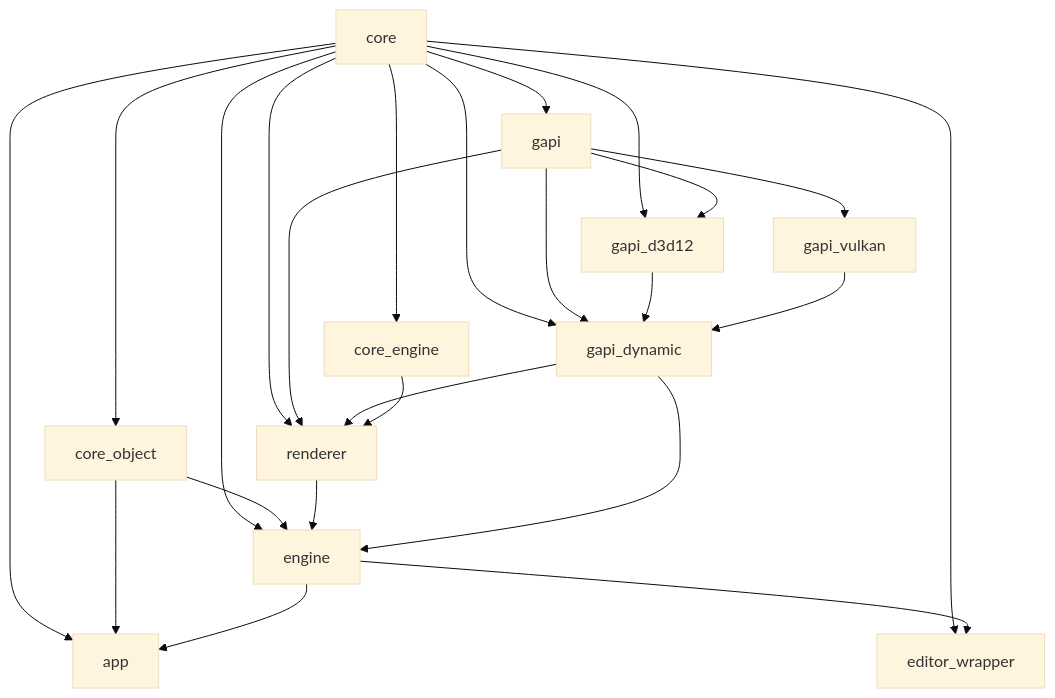
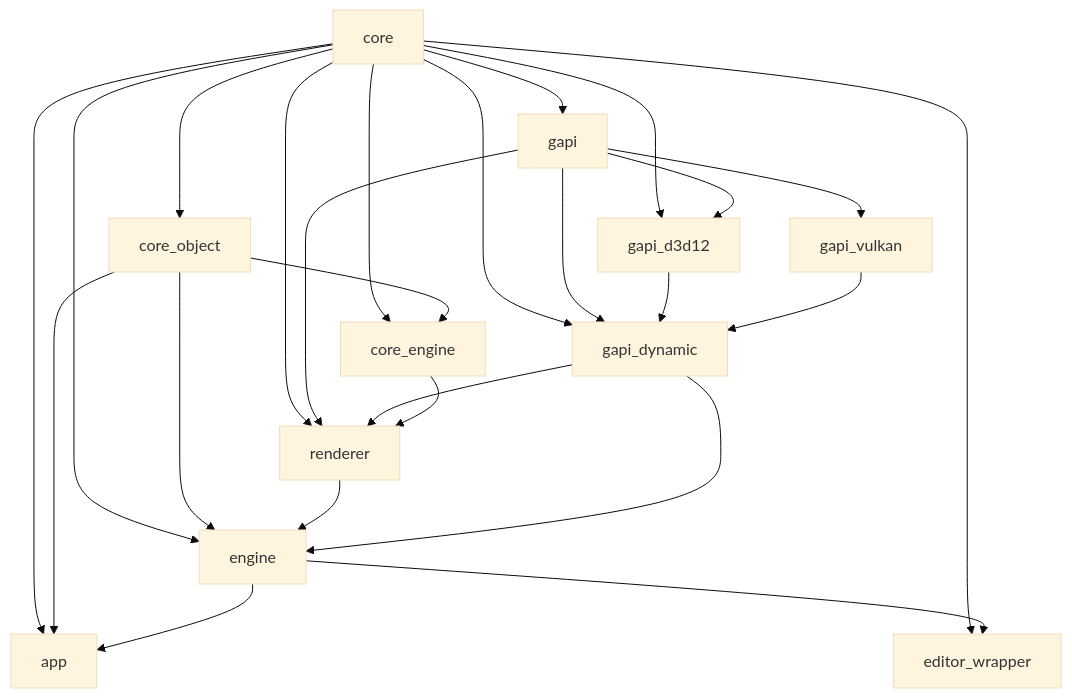
One commit to hellokenlee/NeneEngine2 changed the diagram in README.md. Above: the diagram before and after it, drawn with Mermaid (base theme). The commit also changed 15 other files, not shown here.

````diff
--- a/README.md
+++ b/README.md
@@ -90,26 +90,27 @@
 ```mermaid
 graph TD
   core --> app
   core_object --> app
   engine --> app
   core --> core_engine
+  core_object --> core_engine
   core --> core_object
   core --> editor_wrapper
   engine --> editor_wrapper
   core --> engine
   core_object --> engine
   renderer --> engine
   gapi_dynamic --> engine
   core --> gapi
   core --> gapi_d3d12
   gapi --> gapi_d3d12
   core --> gapi_dynamic
   gapi --> gapi_dynamic
   gapi_d3d12 --> gapi_dynamic
   gapi_vulkan --> gapi_dynamic
   gapi --> gapi_vulkan
   core --> renderer
   gapi --> renderer
   gapi_dynamic --> renderer
   core_engine --> renderer
 ```
````
